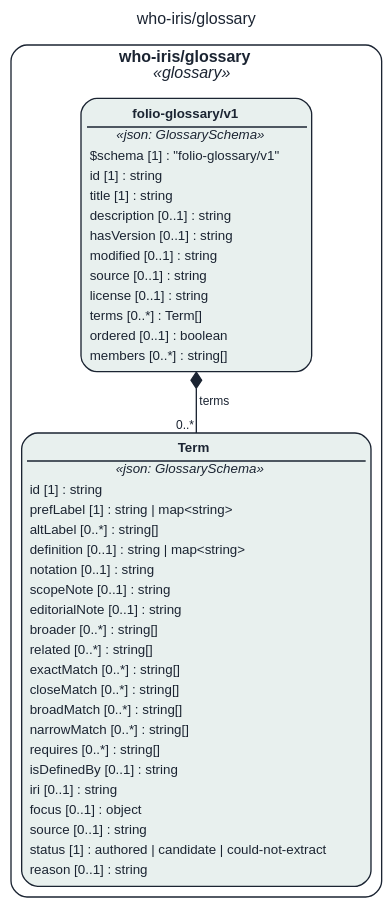
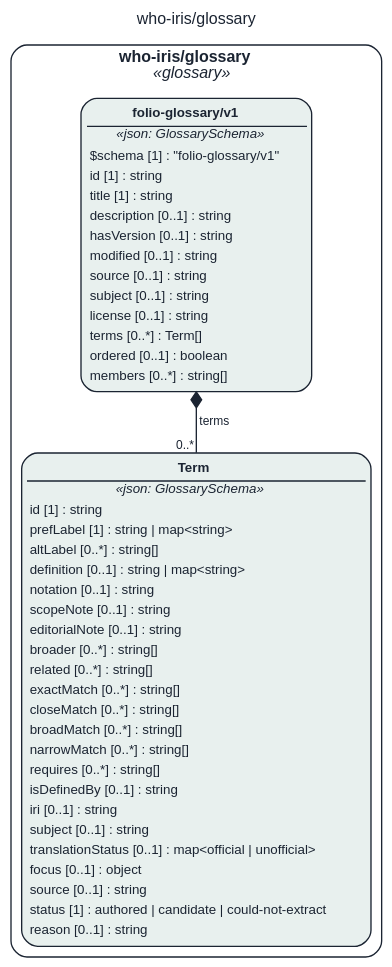
The diagram in assets/img/uml/overview/who-iris/glossary.dot (litlfred/folio-assistant), drawn with Graphviz before and after one commit. The commit also changed 9586 other files, not shown here.

```diff
--- a/assets/img/uml/overview/who-iris/glossary.dot
+++ b/assets/img/uml/overview/who-iris/glossary.dot
@@ -1,13 +1,13 @@
 // GENERATED by cat-harness-tools/scripts/gen-uml-overview.ts — do not edit.
 // Rendered page (interactive view, same model): https://litlfred.github.io/folio-assistant/uml/overview/who-iris/glossary.html
 digraph "who_iris_glossary" {
   graph [label="who-iris/glossary", labelloc=t, fontname="Helvetica", fontsize=12, fontcolor="#1b2432", newrank=true, ratio=auto, nodesep=0.3, ranksep=0.5, bgcolor="transparent"];
   node [shape=box, style="rounded,filled", margin=0.05, fontname="Helvetica", fontsize=10, color="#1b2432", fontcolor="#1b2432"];
   edge [color="#1b2432", fontcolor="#1b2432", fontname="Helvetica", fontsize=9];
   subgraph "cluster_pkg_who_iris_glossary" {
     label=<<b>who-iris/glossary</b><br/><i>«glossary»</i>>; style="rounded"; color="#1b2432"; class="fa_uml_subgraph";
-    "who_iris_glossary_folio_glossary_v1_Term" [fillcolor="#e8f0ee", class="fa_uml_kind_glossary", label=<<table border="0" cellborder="0" cellspacing="0" cellpadding="2"><tr><td border="1" sides="b"><b>Term</b></td></tr><tr><td><i>«json: GlossarySchema»</i></td></tr><tr><td align="left">id [1] : string</td></tr><tr><td align="left">prefLabel [1] : string | map&lt;string&gt;</td></tr><tr><td align="left">altLabel [0..*] : string[]</td></tr><tr><td align="left">definition [0..1] : string | map&lt;string&gt;</td></tr><tr><td align="left">notation [0..1] : string</td></tr><tr><td align="left">scopeNote [0..1] : string</td></tr><tr><td align="left">editorialNote [0..1] : string</td></tr><tr><td align="left">broader [0..*] : string[]</td></tr><tr><td align="left">related [0..*] : string[]</td></tr><tr><td align="left">exactMatch [0..*] : string[]</td></tr><tr><td align="left">closeMatch [0..*] : string[]</td></tr><tr><td align="left">broadMatch [0..*] : string[]</td></tr><tr><td align="left">narrowMatch [0..*] : string[]</td></tr><tr><td align="left">requires [0..*] : string[]</td></tr><tr><td align="left">isDefinedBy [0..1] : string</td></tr><tr><td align="left">iri [0..1] : string</td></tr><tr><td align="left">focus [0..1] : object</td></tr><tr><td align="left">source [0..1] : string</td></tr><tr><td align="left">status [1] : authored | candidate | could-not-extract</td></tr><tr><td align="left">reason [0..1] : string</td></tr></table>>];
-    "who_iris_glossary_folio_glossary_v1_folio_glossary_v1" [fillcolor="#e8f0ee", class="fa_uml_kind_glossary", label=<<table border="0" cellborder="0" cellspacing="0" cellpadding="2"><tr><td border="1" sides="b"><b>folio-glossary/v1</b></td></tr><tr><td><i>«json: GlossarySchema»</i></td></tr><tr><td align="left">$schema [1] : &quot;folio-glossary/v1&quot;</td></tr><tr><td align="left">id [1] : string</td></tr><tr><td align="left">title [1] : string</td></tr><tr><td align="left">description [0..1] : string</td></tr><tr><td align="left">hasVersion [0..1] : string</td></tr><tr><td align="left">modified [0..1] : string</td></tr><tr><td align="left">source [0..1] : string</td></tr><tr><td align="left">license [0..1] : string</td></tr><tr><td align="left">terms [0..*] : Term[]</td></tr><tr><td align="left">ordered [0..1] : boolean</td></tr><tr><td align="left">members [0..*] : string[]</td></tr></table>>];
+    "who_iris_glossary_folio_glossary_v1_Term" [fillcolor="#e8f0ee", class="fa_uml_kind_glossary", label=<<table border="0" cellborder="0" cellspacing="0" cellpadding="2"><tr><td border="1" sides="b"><b>Term</b></td></tr><tr><td><i>«json: GlossarySchema»</i></td></tr><tr><td align="left">id [1] : string</td></tr><tr><td align="left">prefLabel [1] : string | map&lt;string&gt;</td></tr><tr><td align="left">altLabel [0..*] : string[]</td></tr><tr><td align="left">definition [0..1] : string | map&lt;string&gt;</td></tr><tr><td align="left">notation [0..1] : string</td></tr><tr><td align="left">scopeNote [0..1] : string</td></tr><tr><td align="left">editorialNote [0..1] : string</td></tr><tr><td align="left">broader [0..*] : string[]</td></tr><tr><td align="left">related [0..*] : string[]</td></tr><tr><td align="left">exactMatch [0..*] : string[]</td></tr><tr><td align="left">closeMatch [0..*] : string[]</td></tr><tr><td align="left">broadMatch [0..*] : string[]</td></tr><tr><td align="left">narrowMatch [0..*] : string[]</td></tr><tr><td align="left">requires [0..*] : string[]</td></tr><tr><td align="left">isDefinedBy [0..1] : string</td></tr><tr><td align="left">iri [0..1] : string</td></tr><tr><td align="left">subject [0..1] : string</td></tr><tr><td align="left">translationStatus [0..1] : map&lt;official | unofficial&gt;</td></tr><tr><td align="left">focus [0..1] : object</td></tr><tr><td align="left">source [0..1] : string</td></tr><tr><td align="left">status [1] : authored | candidate | could-not-extract</td></tr><tr><td align="left">reason [0..1] : string</td></tr></table>>];
+    "who_iris_glossary_folio_glossary_v1_folio_glossary_v1" [fillcolor="#e8f0ee", class="fa_uml_kind_glossary", label=<<table border="0" cellborder="0" cellspacing="0" cellpadding="2"><tr><td border="1" sides="b"><b>folio-glossary/v1</b></td></tr><tr><td><i>«json: GlossarySchema»</i></td></tr><tr><td align="left">$schema [1] : &quot;folio-glossary/v1&quot;</td></tr><tr><td align="left">id [1] : string</td></tr><tr><td align="left">title [1] : string</td></tr><tr><td align="left">description [0..1] : string</td></tr><tr><td align="left">hasVersion [0..1] : string</td></tr><tr><td align="left">modified [0..1] : string</td></tr><tr><td align="left">source [0..1] : string</td></tr><tr><td align="left">subject [0..1] : string</td></tr><tr><td align="left">license [0..1] : string</td></tr><tr><td align="left">terms [0..*] : Term[]</td></tr><tr><td align="left">ordered [0..1] : boolean</td></tr><tr><td align="left">members [0..*] : string[]</td></tr></table>>];
   }
   "who_iris_glossary_folio_glossary_v1_folio_glossary_v1" -> "who_iris_glossary_folio_glossary_v1_Term" [dir=both, arrowtail=diamond, arrowhead=none, label="terms", headlabel="0..*", class="fa_uml_composition"];
 }
```
